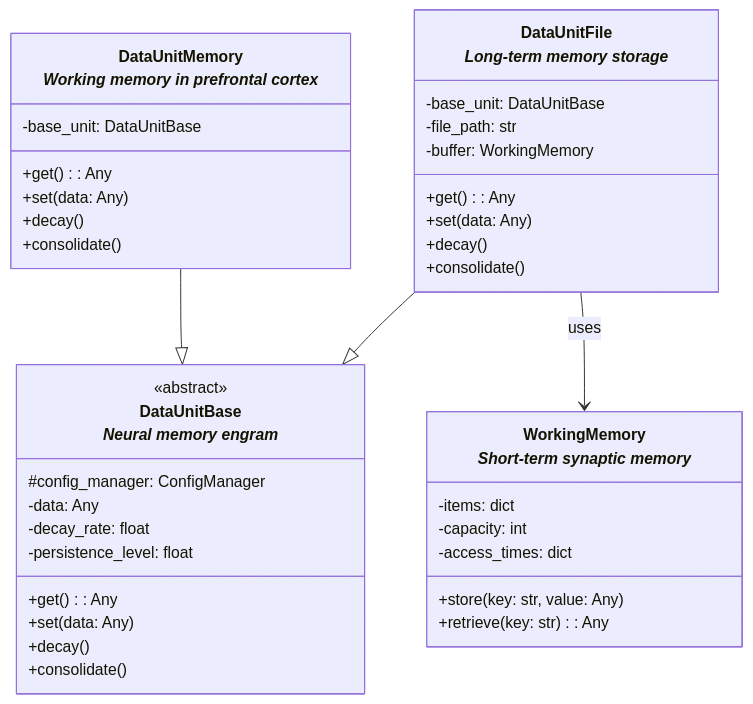
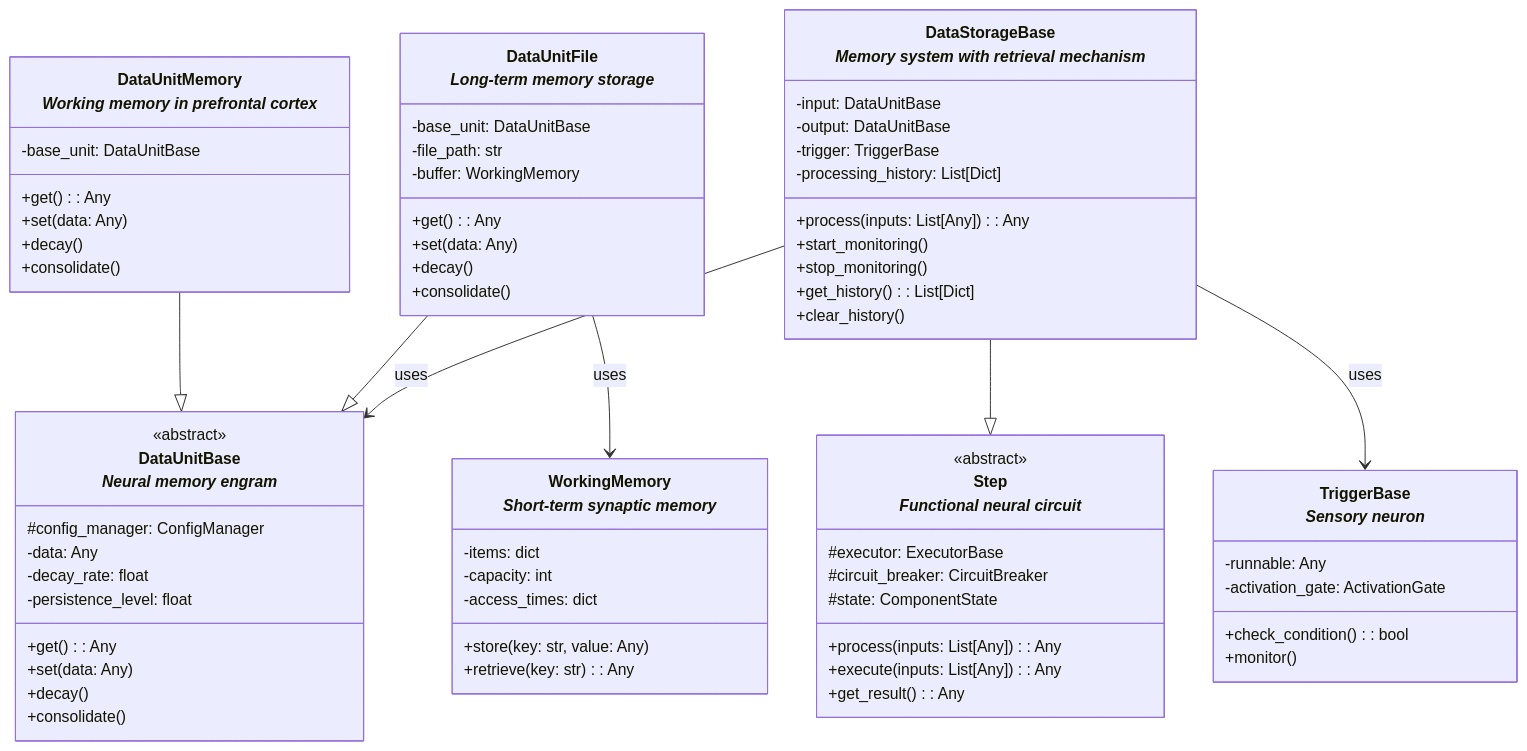
The third of 8 diagrams in docs/UML.md (AlexandrNP/nanobrain), drawn with Mermaid before and after one commit. The commit also changed other lines of this file and 54 other files, not shown here.

````diff
--- a/docs/UML.md
+++ b/docs/UML.md
@@ -45,44 +79,76 @@
 ```mermaid
 classDiagram
     class DataUnitBase["DataUnitBase<br><i>Neural memory engram</i>"] {
         <<abstract>>
         #config_manager: ConfigManager
         -data: Any
         -decay_rate: float
         -persistence_level: float
         +get() : Any
         +set(data: Any)
         +decay()
         +consolidate()
     }
     
     class DataUnitMemory["DataUnitMemory<br><i>Working memory in prefrontal cortex</i>"] {
         -base_unit: DataUnitBase
         +get() : Any
         +set(data: Any)
         +decay()
         +consolidate()
     }
     
     class DataUnitFile["DataUnitFile<br><i>Long-term memory storage</i>"] {
         -base_unit: DataUnitBase
         -file_path: str
         -buffer: WorkingMemory
         +get() : Any
         +set(data: Any)
         +decay()
         +consolidate()
     }
     
     class WorkingMemory["WorkingMemory<br><i>Short-term synaptic memory</i>"] {
         -items: dict
         -capacity: int
         -access_times: dict
         +store(key: str, value: Any)
         +retrieve(key: str) : Any
     }
+    
+    class DataStorageBase["DataStorageBase<br><i>Memory system with retrieval mechanism</i>"] {
+        -input: DataUnitBase
+        -output: DataUnitBase
+        -trigger: TriggerBase
+        -processing_history: List[Dict]
+        +process(inputs: List[Any]) : Any
+        +start_monitoring()
+        +stop_monitoring()
+        +get_history() : List[Dict]
+        +clear_history()
+    }
+    
+    class Step["Step<br><i>Functional neural circuit</i>"] {
+        <<abstract>>
+        #executor: ExecutorBase
+        #circuit_breaker: CircuitBreaker
+        #state: ComponentState
+        +process(inputs: List[Any]) : Any
+        +execute(inputs: List[Any]) : Any
+        +get_result() : Any
+    }
+    
+    class TriggerBase["TriggerBase<br><i>Sensory neuron</i>"] {
+        -runnable: Any
+        -activation_gate: ActivationGate
+        +check_condition() : bool
+        +monitor()
+    }
 
     DataUnitMemory --|> DataUnitBase
     DataUnitFile --|> DataUnitBase
     DataUnitFile --> WorkingMemory : uses
+    DataStorageBase --|> Step
+    DataStorageBase --> DataUnitBase : uses
+    DataStorageBase --> TriggerBase : uses
 ```
````
